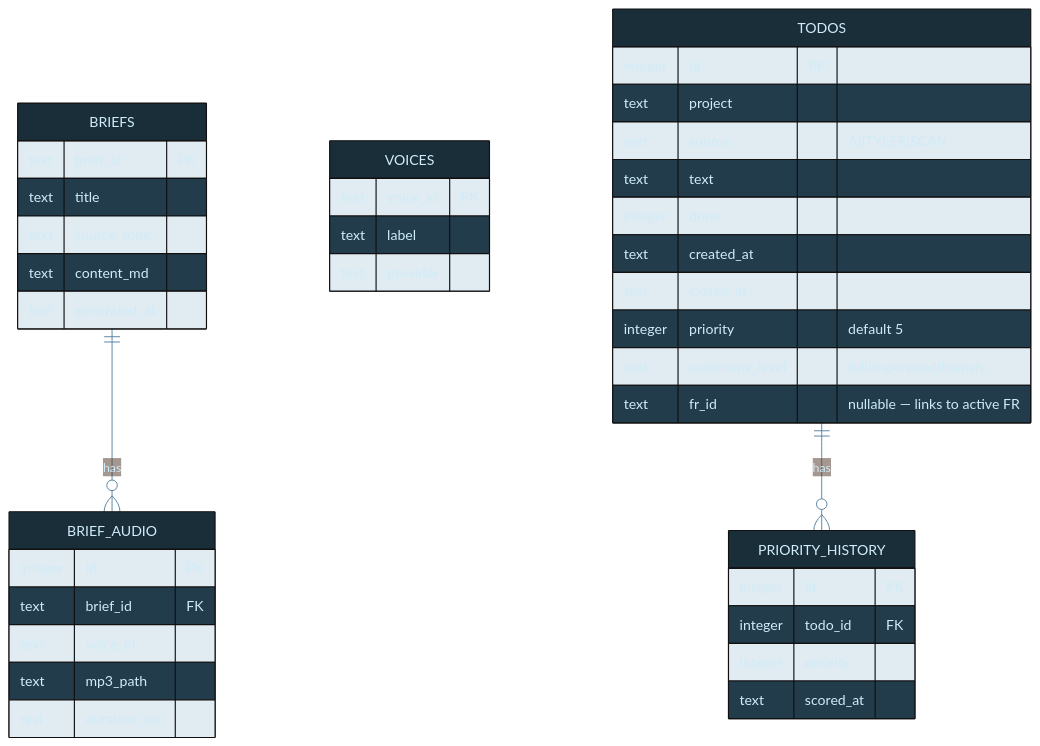
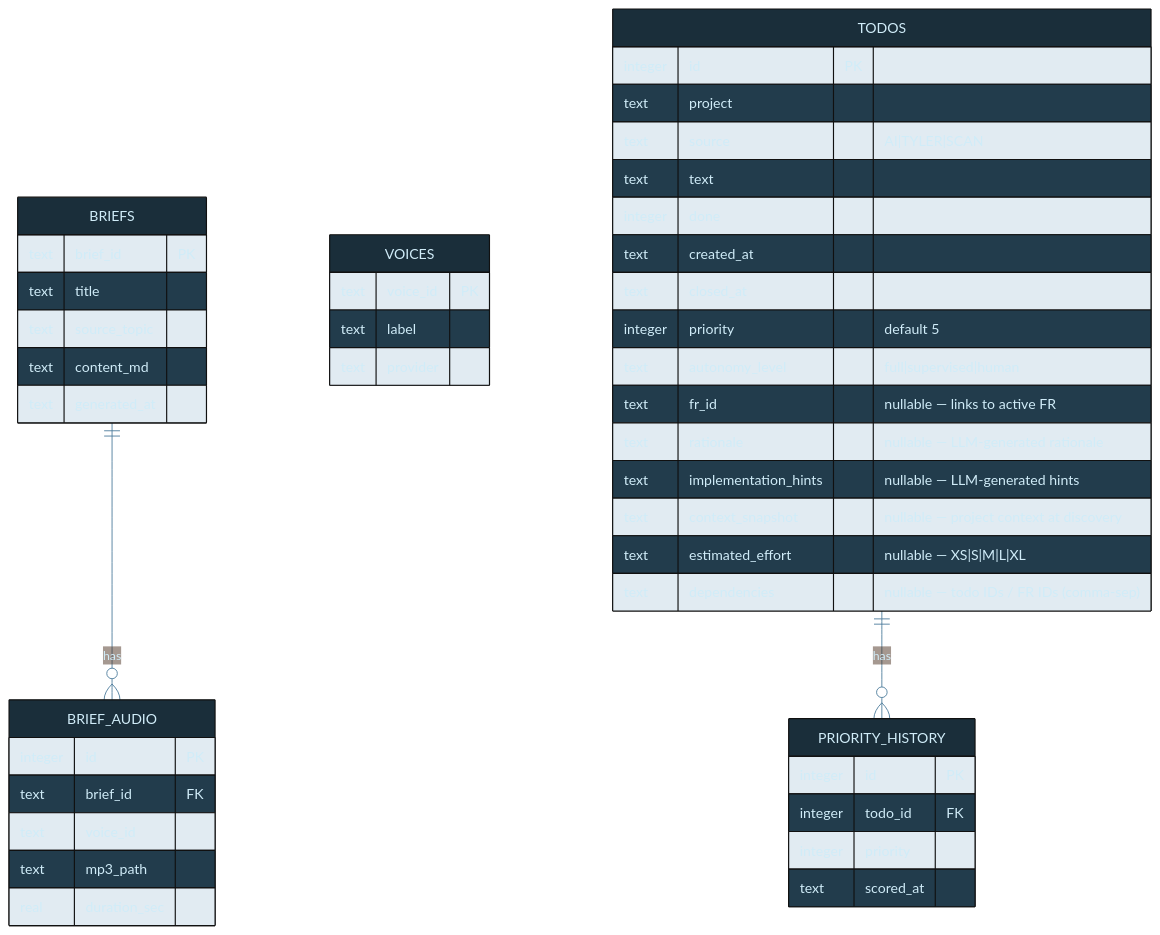
Before and after one commit to tylerdrakemusic/-Workspace: the diagram in diagrams/manifest-db-schema.mmd, drawn with Mermaid.

Commit message:
docs(diagram): update manifest-db-schema TODOS entity with 5 new context columns [FR-20260530-discover-rich-context-model-upgrade]

```diff
--- a/diagrams/manifest-db-schema.mmd
+++ b/diagrams/manifest-db-schema.mmd
@@ -1,41 +1,46 @@
 %%{init: {'theme': 'base', 'themeVariables': {'primaryColor': '#1a2e3a', 'primaryTextColor': '#d0ecf8', 'edgeLabelBackground': '#0f1318', 'lineColor': '#4a7a9a'}}}%%
 erDiagram
     BRIEFS ||--o{ BRIEF_AUDIO : has
     BRIEFS {
         text brief_id PK
         text title
         text source_topic
         text content_md
         text generated_at
     }
     BRIEF_AUDIO {
         integer id PK
         text brief_id FK
         text voice_id
         text mp3_path
         real duration_sec
     }
     VOICES {
         text voice_id PK
         text label
         text provider
     }
     TODOS ||--o{ PRIORITY_HISTORY : has
     TODOS {
         integer id PK
         text project
         text source "AI|TYLER|SCAN"
         text text
         integer done
         text created_at
         text closed_at
         integer priority "default 5"
         text autonomy_level "full|supervised|human"
         text fr_id "nullable — links to active FR"
+        text rationale "nullable — LLM-generated rationale"
+        text implementation_hints "nullable — LLM-generated hints"
+        text context_snapshot "nullable — project context at discovery"
+        text estimated_effort "nullable — XS|S|M|L|XL"
+        text dependencies "nullable — todo IDs / FR IDs (comma-sep)"
     }
     PRIORITY_HISTORY {
         integer id PK
         integer todo_id FK
         integer priority
         text scored_at
     }
```
